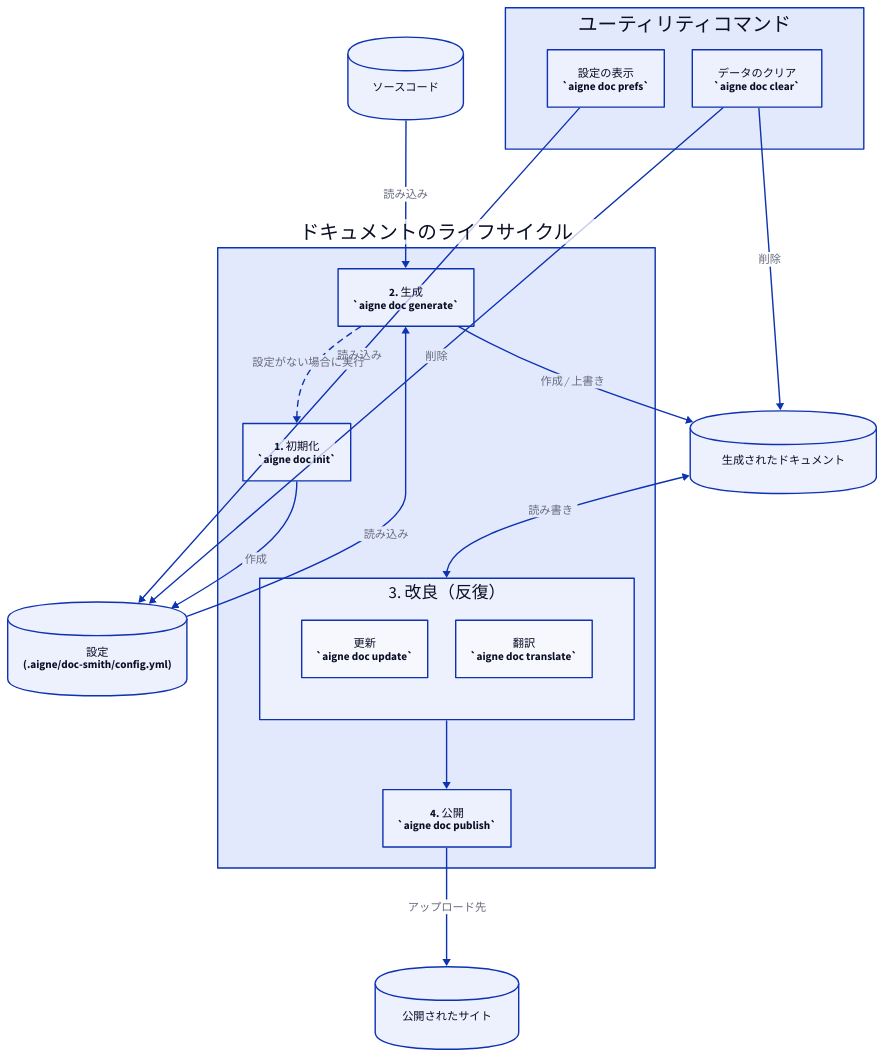
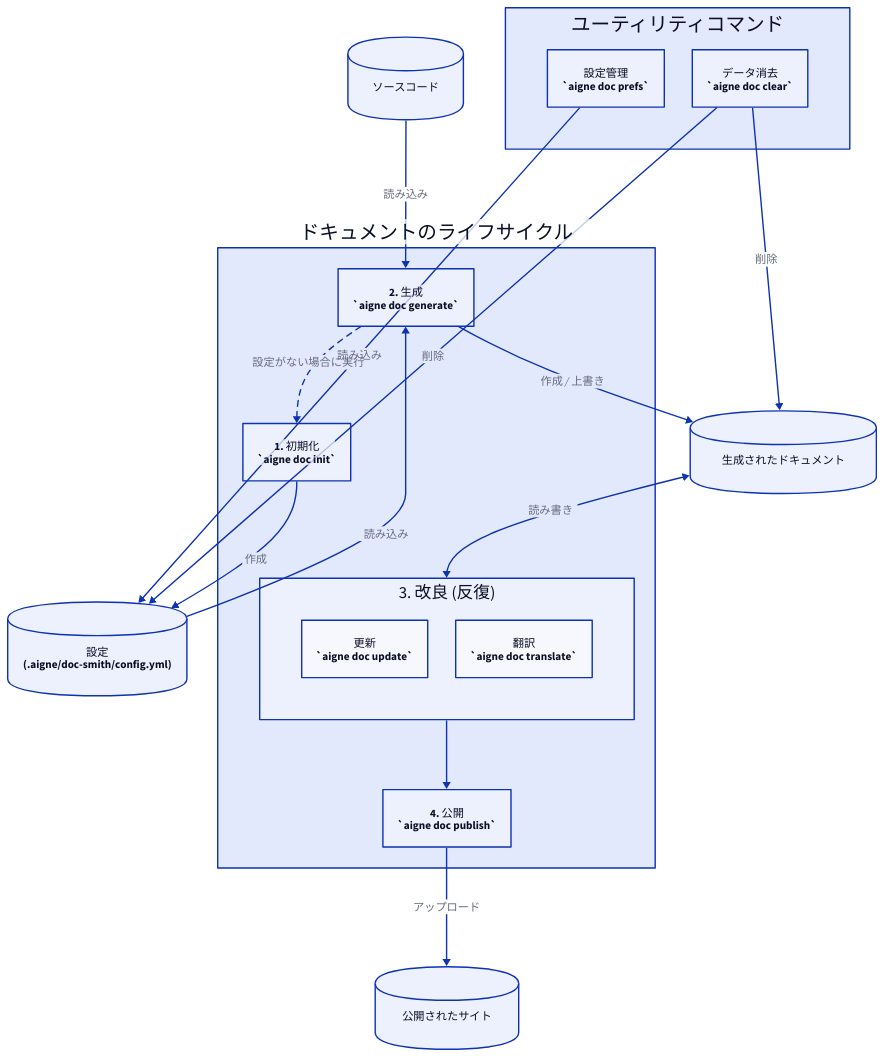
Before and after one commit to AIGNE-io/aigne-doc-smith: the diagram in docs/cli-reference.ja.md, drawn with D2. The commit also changed other lines of this file and 69 other files, not shown here.

```diff
--- a/docs/cli-reference.ja.md
+++ b/docs/cli-reference.ja.md
@@ -48,7 +48,7 @@
   }
 
   Refinement: {
-    label: "3. 改良（反復）"
+    label: "3. 改良 (反復)"
     grid-columns: 2
 
     update: {
@@ -73,11 +73,11 @@
   grid-columns: 2
   
   prefs: {
-    label: "設定の表示\n`aigne doc prefs`"
+    label: "設定管理\n`aigne doc prefs`"
     shape: rectangle
   }
   clear: {
-    label: "データのクリア\n`aigne doc clear`"
+    label: "データ消去\n`aigne doc clear`"
     shape: rectangle
   }
 }
@@ -100,7 +100,7 @@
 
 # Publishing
 Lifecycle.Refinement -> Lifecycle.publish
-Lifecycle.publish -> Published-Docs: "アップロード先"
+Lifecycle.publish -> Published-Docs: "アップロード"
 
 # Utility Connections
 Utilities.prefs -> Configuration: "読み込み"
```
